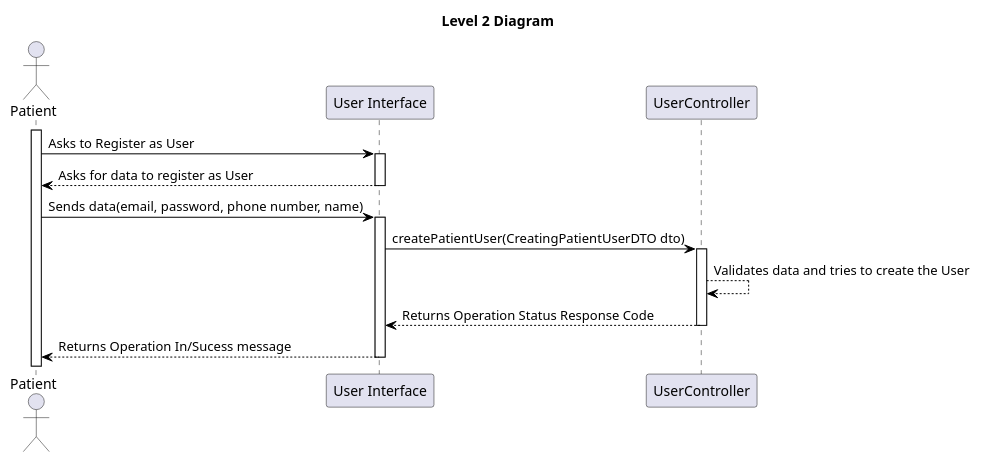
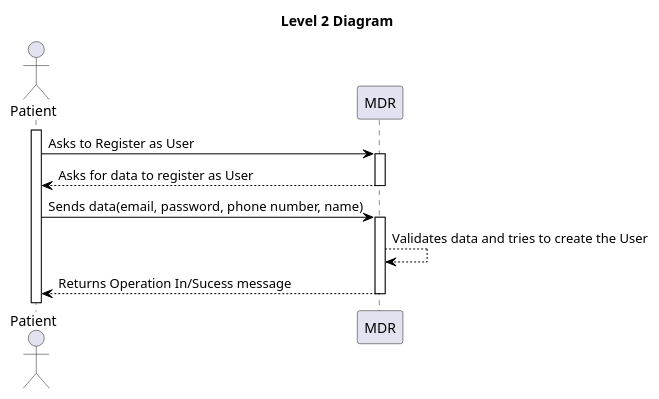
One commit to vscosousa/LAPR5_3DC_G15 changed the diagram in docs/sprint_A/us_5.1.3/level_2/puml/level_2.puml. Above: the diagram before and after it, drawn with PlantUML. The commit also changed 17 other files, not shown here.

```diff
--- a/docs/sprint_A/us_5.1.3/level_2/puml/level_2.puml
+++ b/docs/sprint_A/us_5.1.3/level_2/puml/level_2.puml
@@ -1,39 +1,34 @@
 @startuml level_2
 
 title Level 2 Diagram
 
 hide empty members
 'skinparam Linetype ortho
 
 skinparam class {
     BackgroundColor<<valueObject>> #D6EAF8
     BackgroundColor<<root>> #FDEBD0
     BackgroundColor<<service>> #D1F2EB
     BackgroundColor #FEF9E7
     ArrowColor Black
 }
 
 skinparam package {
     BackgroundColor #EBF5FB
 }
 
 actor Patient as P
-participant "User Interface" as UI
-participant "UserController" as C
+participant "MDR" as Backoffice
 
 activate P
-P -> UI: Asks to Register as User
-activate UI
-UI --> P: Asks for data to register as User
-deactivate UI
-P -> UI: Sends data(email, password, phone number, name)
-activate UI
-UI -> C: createPatientUser(CreatingPatientUserDTO dto)
-activate C
-C --> C: Validates data and tries to create the User
-C --> UI: Returns Operation Status Response Code
-deactivate C
-UI --> P: Returns Operation In/Sucess message
-deactivate UI
+P -> Backoffice: Asks to Register as User
+activate Backoffice
+Backoffice --> P: Asks for data to register as User
+deactivate Backoffice
+P -> Backoffice: Sends data(email, password, phone number, name)
+activate Backoffice
+Backoffice --> Backoffice: Validates data and tries to create the User
+Backoffice --> P: Returns Operation In/Sucess message
+deactivate Backoffice
 
 @enduml
```
